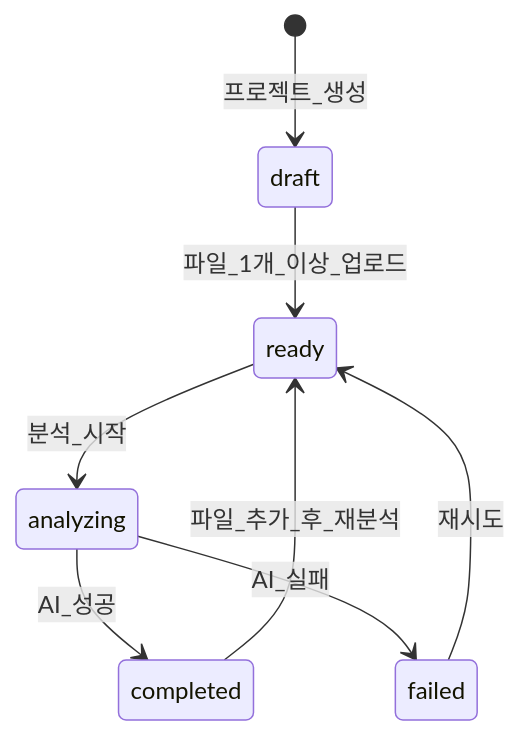
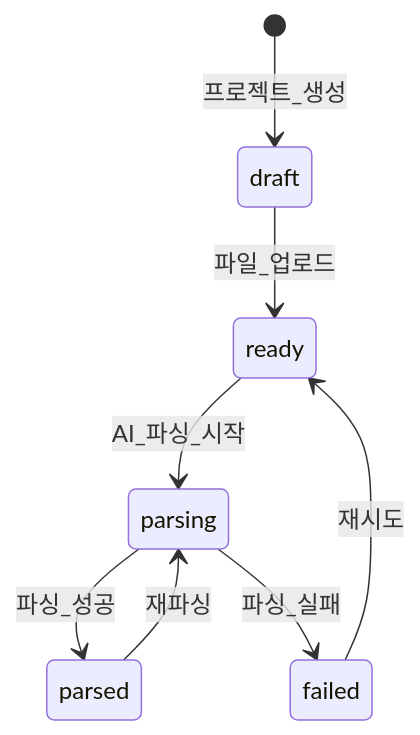
One commit to DevCoreDXI76/excel-analysis changed the second of 2 diagrams in docs/05_system_requirements.md. Above: the diagram before and after it, drawn with Mermaid. The commit also changed other lines of this file and 41 other files, not shown here.

````diff
--- a/docs/05_system_requirements.md
+++ b/docs/05_system_requirements.md
@@ -113,10 +110,10 @@
 ```mermaid
 stateDiagram-v2
   [*] --> draft: 프로젝트_생성
-  draft --> ready: 파일_1개_이상_업로드
-  ready --> analyzing: 분석_시작
-  analyzing --> completed: AI_성공
-  analyzing --> failed: AI_실패
+  draft --> ready: 파일_업로드
+  ready --> parsing: AI_파싱_시작
+  parsing --> parsed: 파싱_성공
+  parsing --> failed: 파싱_실패
   failed --> ready: 재시도
-  completed --> ready: 파일_추가_후_재분석
+  parsed --> parsing: 재파싱
 ```
````
